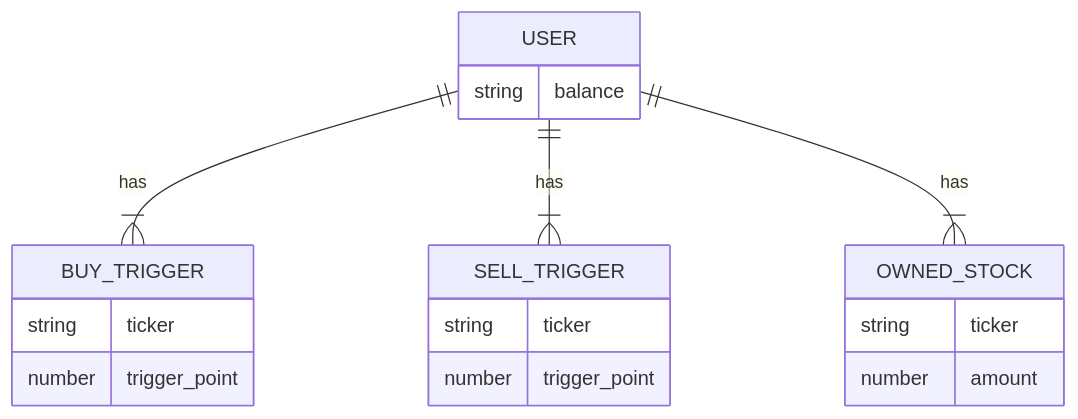
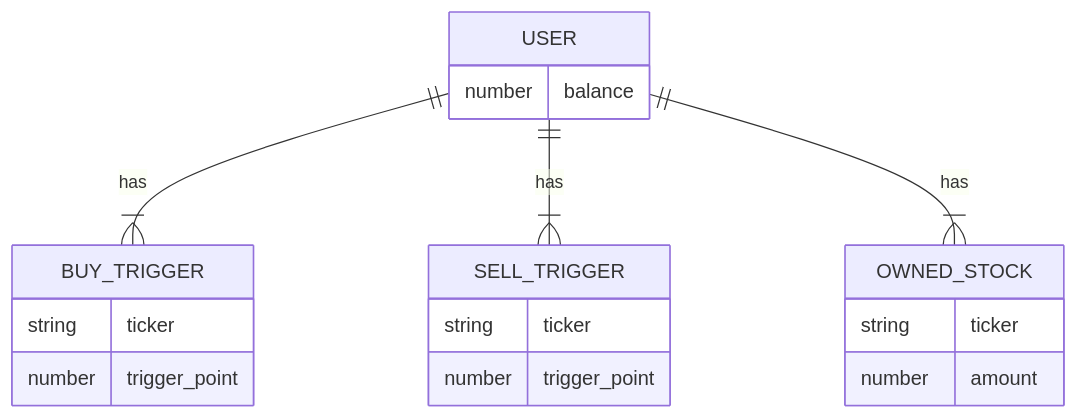
Before and after one commit to MarcusDunn/day-trader: the second of 2 diagrams in README.md, drawn with Mermaid.

````diff
--- a/README.md
+++ b/README.md
@@ -41,21 +41,21 @@
 ```mermaid
 erDiagram
     USER {
-        string balance
+        number balance
     }
     USER ||--|{ BUY_TRIGGER : has
     BUY_TRIGGER {
         string ticker
         number trigger_point
     }
     USER ||--|{ SELL_TRIGGER : has
     SELL_TRIGGER {
         string ticker
         number trigger_point
     }
     USER ||--|{ OWNED_STOCK : has
     OWNED_STOCK {
         string ticker
         number amount
     }
  ```
````
